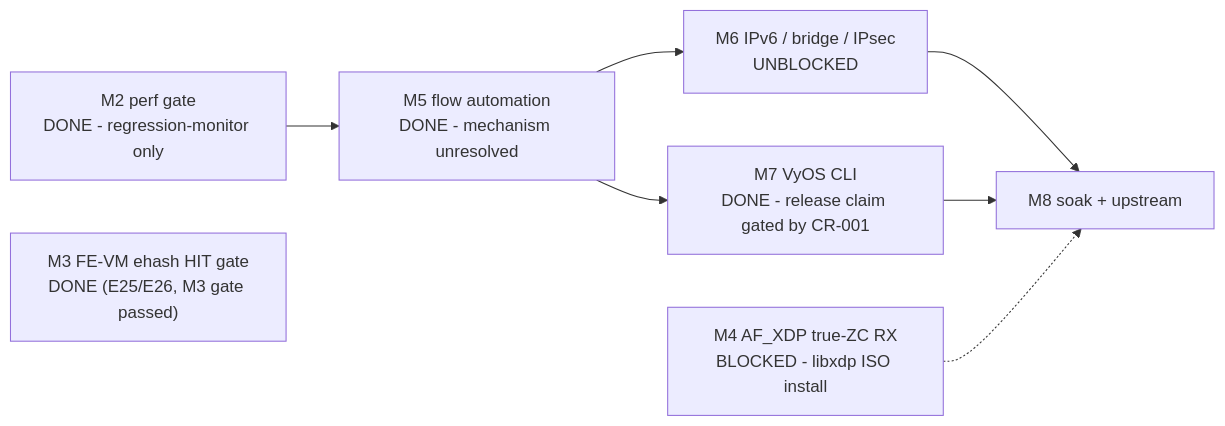
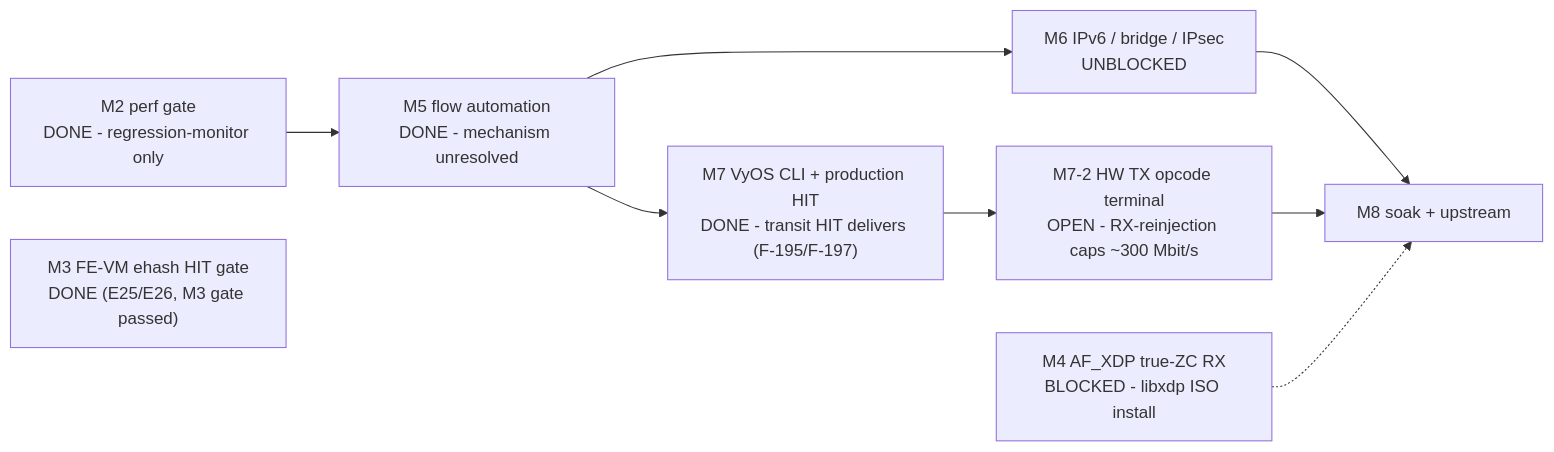
Before and after one commit to Daegara/vyos-ls1046a-build: the diagram in plans/ASK2-MASTER-PLAN.md, drawn with Mermaid. The commit also changed other lines of this file and 8 other files, not shown here.

````diff
--- a/plans/ASK2-MASTER-PLAN.md
+++ b/plans/ASK2-MASTER-PLAN.md
@@ -226,10 +254,11 @@
 ```mermaid
 graph LR
     M2["M2 perf gate<br/>DONE - regression-monitor only"] --> M5["M5 flow automation<br/>DONE - mechanism unresolved"]
     M3["M3 FE-VM ehash HIT gate<br/>DONE (E25/E26, M3 gate passed)"]
     M5 --> M6["M6 IPv6 / bridge / IPsec<br/>UNBLOCKED"]
-    M5 --> M7["M7 VyOS CLI<br/>DONE - release claim gated by CR-001"]
+    M5 --> M7a["M7 VyOS CLI + production HIT<br/>DONE - transit HIT delivers (F-195/F-197)"]
+    M7a --> M7b["M7-2 HW TX opcode terminal<br/>OPEN - RX-reinjection caps ~300 Mbit/s"]
     M6 --> M8["M8 soak + upstream"]
-    M7 --> M8
+    M7b --> M8
     M4["M4 AF_XDP true-ZC RX<br/>BLOCKED - libxdp ISO install"] -.-> M8
 ```
````
